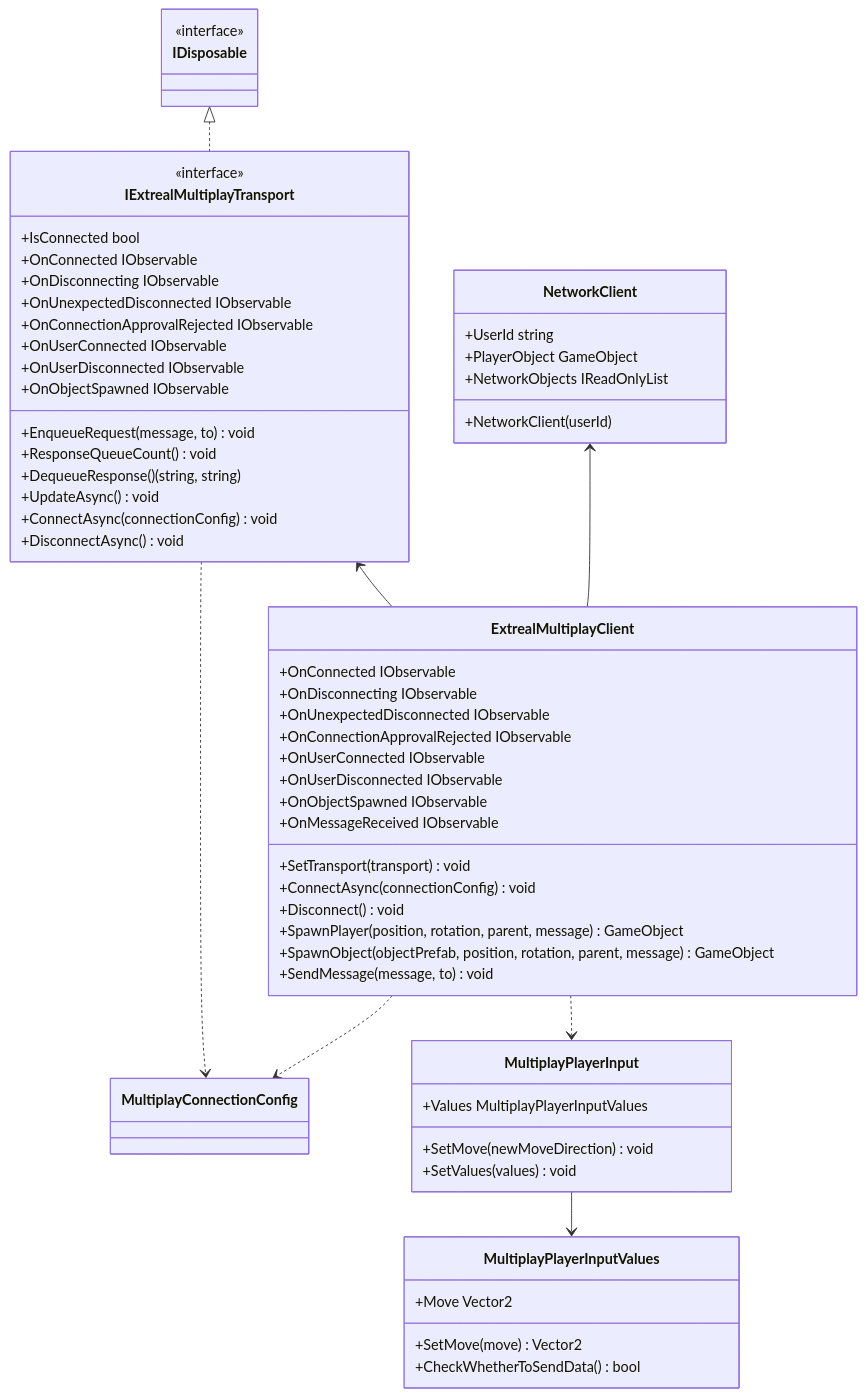
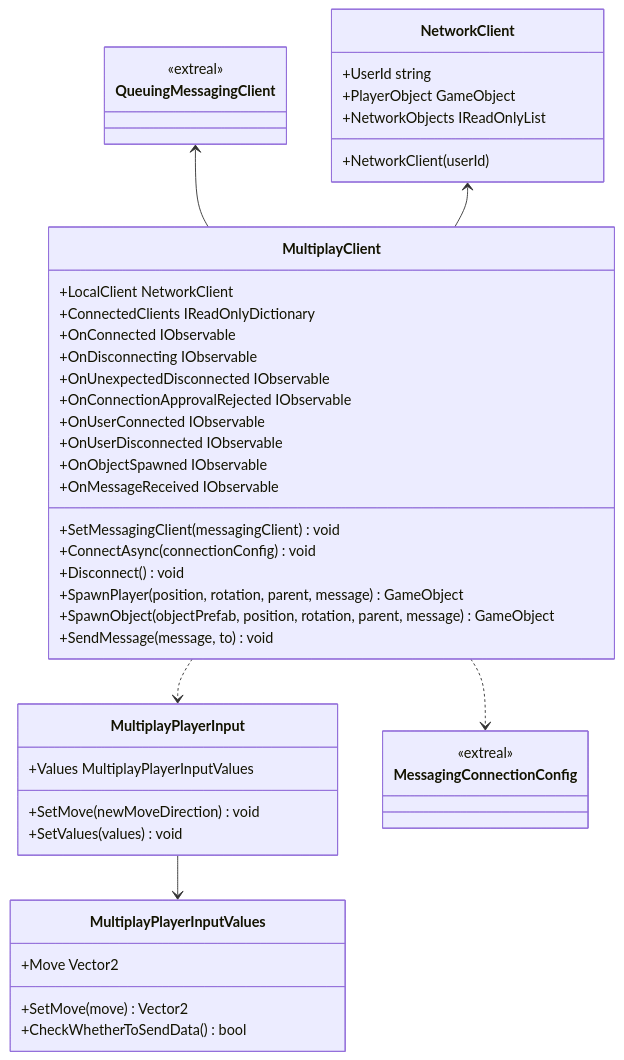
The diagram in docs/integration/multiplay.common.md (extreal-dev/Extreal.Guide), drawn with Mermaid before and after one commit. The commit also changed other lines of this file, not shown here.

Commit message:
fix Architecture

````diff
--- a/docs/integration/multiplay.common.md
+++ b/docs/integration/multiplay.common.md
@@ -20,74 +20,58 @@
 ```mermaid
 classDiagram
-    ExtrealMultiplayClient ..> MultiplayPlayerInput
-    ExtrealMultiplayClient ..> MultiplayConnectionConfig
+    MultiplayClient ..> MultiplayPlayerInput
+    MultiplayClient ..> MessagingConnectionConfig
 
-    IExtrealMultiplayTransport <-- ExtrealMultiplayClient
-    IExtrealMultiplayTransport ..> MultiplayConnectionConfig
-    IDisposable <|.. IExtrealMultiplayTransport
-    NetworkClient <-- ExtrealMultiplayClient
+    QueuingMessagingClient <-- MultiplayClient
+    NetworkClient <-- MultiplayClient
 
     MultiplayPlayerInput --> MultiplayPlayerInputValues
 
-    class ExtrealMultiplayClient {
+    class MultiplayClient {
+        +LocalClient NetworkClient
+        +ConnectedClients IReadOnlyDictionary
+
         +OnConnected IObservable
         +OnDisconnecting IObservable
         +OnUnexpectedDisconnected IObservable
         +OnConnectionApprovalRejected IObservable
         +OnUserConnected IObservable
         +OnUserDisconnected IObservable
         +OnObjectSpawned IObservable
         +OnMessageReceived IObservable
-        +SetTransport(transport) void
+
+        +SetMessagingClient(messagingClient) void
         +ConnectAsync(connectionConfig) void
         +Disconnect() void
         +SpawnPlayer(position, rotation, parent, message) GameObject
         +SpawnObject(objectPrefab, position, rotation, parent, message) GameObject
         +SendMessage(message, to) void
     }
 
     class NetworkClient {
         +UserId string
         +PlayerObject GameObject
         +NetworkObjects IReadOnlyList
         +NetworkClient(userId)
     }
 
-    class IExtrealMultiplayTransport {
-        <<interface>>
-        +IsConnected bool
-        +OnConnected IObservable
-        +OnDisconnecting IObservable
-        +OnUnexpectedDisconnected IObservable
-        +OnConnectionApprovalRejected IObservable
-        +OnUserConnected IObservable
-        +OnUserDisconnected IObservable
-        +OnObjectSpawned IObservable
-        +EnqueueRequest(message, to) void
-        +ResponseQueueCount() void
-        +DequeueResponse() (string, string)
-        +UpdateAsync() void
-        +ConnectAsync(connectionConfig) void
-        +DisconnectAsync() void
+    class QueuingMessagingClient {
+        <<extreal>>
     }
 
     class MultiplayPlayerInput {
         +Values MultiplayPlayerInputValues
         +SetMove(newMoveDirection) void
         +SetValues(values) void
     }
 
     class MultiplayPlayerInputValues {
         +Move Vector2
         +SetMove(move) Vector2
         +CheckWhetherToSendData() bool
     }
 
-    class MultiplayConnectionConfig {
+    class MessagingConnectionConfig {
+        <<extreal>>
     }
-
-    class IDisposable {
-        <<interface>>
-    }
-    
 ```
````
